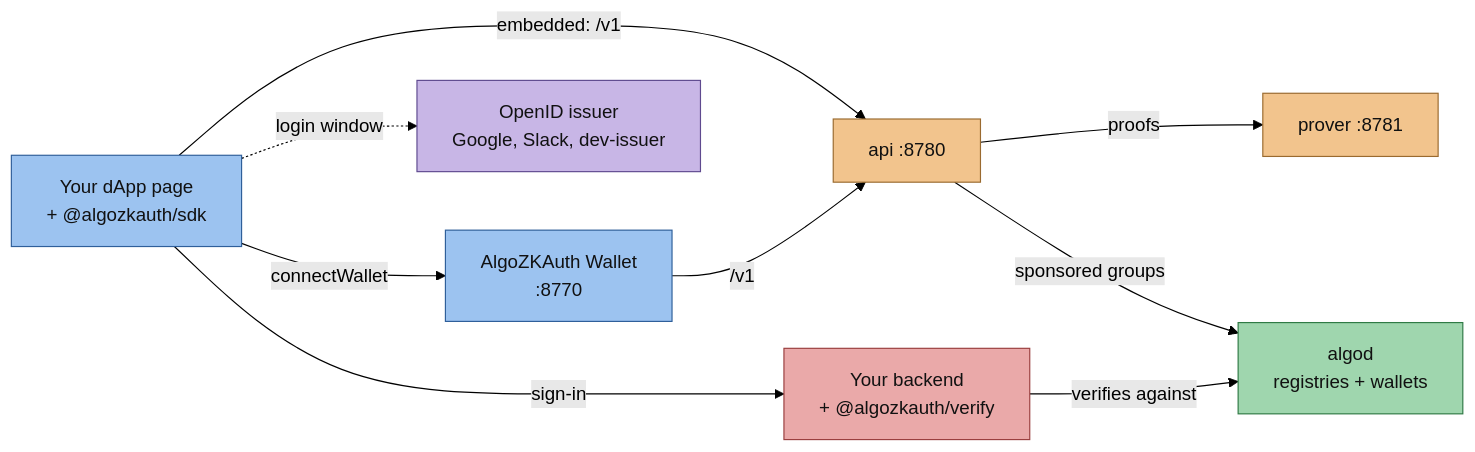
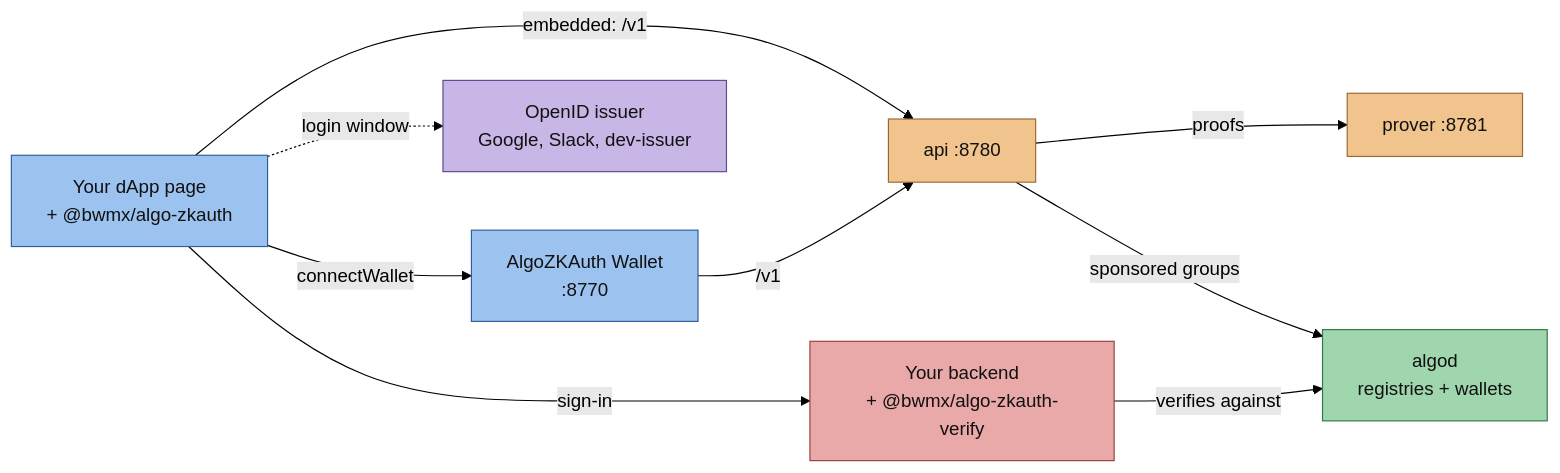
One commit to bwmx/algo-zkauth changed the fourth of 4 diagrams in README.md. Above: the diagram before and after it, drawn with Mermaid (forest theme). The commit also changed other lines of this file and 71 other files, not shown here.

````diff
--- a/README.md
+++ b/README.md
@@ -210,30 +210,30 @@
 ```mermaid
 flowchart LR
-  dapp["Your dApp page<br/>+ @algozkauth/sdk"]
+  dapp["Your dApp page<br/>+ @bwmx/algo-zkauth"]
   wallet["AlgoZKAuth Wallet<br/>:8770"]
   api["api :8780"]
   prover["prover :8781"]
   idp["OpenID issuer<br/>Google, Slack, dev-issuer"]
   chain["algod<br/>registries + wallets"]
-  be["Your backend<br/>+ @algozkauth/verify"]
+  be["Your backend<br/>+ @bwmx/algo-zkauth-verify"]
 
   dapp -->|"connectWallet"| wallet
   dapp -->|"embedded: /v1"| api
   wallet -->|"/v1"| api
   dapp -.->|"login window"| idp
   api -->|"proofs"| prover
   api -->|"sponsored groups"| chain
   dapp -->|"sign-in"| be
   be -->|"verifies against"| chain
 
   classDef browser fill:#9cc3f0,stroke:#2f5f9a,color:#111
   classDef svc fill:#f2c48d,stroke:#9a6a2f,color:#111
   classDef issuer fill:#c8b6e6,stroke:#5f4a8f,color:#111
   classDef chain fill:#9fd6ae,stroke:#2f7a45,color:#111
   classDef backend fill:#eaa9a9,stroke:#9a3f3f,color:#111
   class dapp,wallet browser
   class api,prover svc
   class idp issuer
   class chain chain
   class be backend
 ```
````
